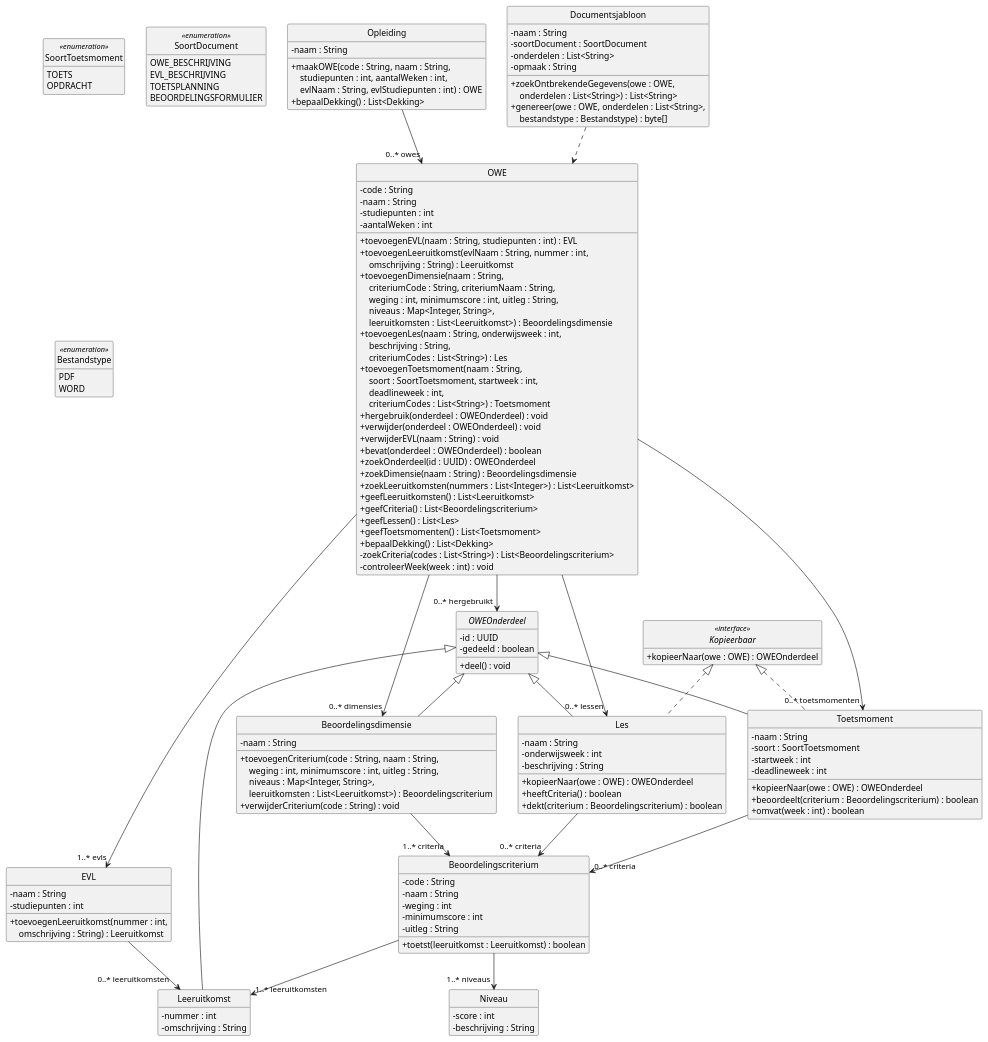
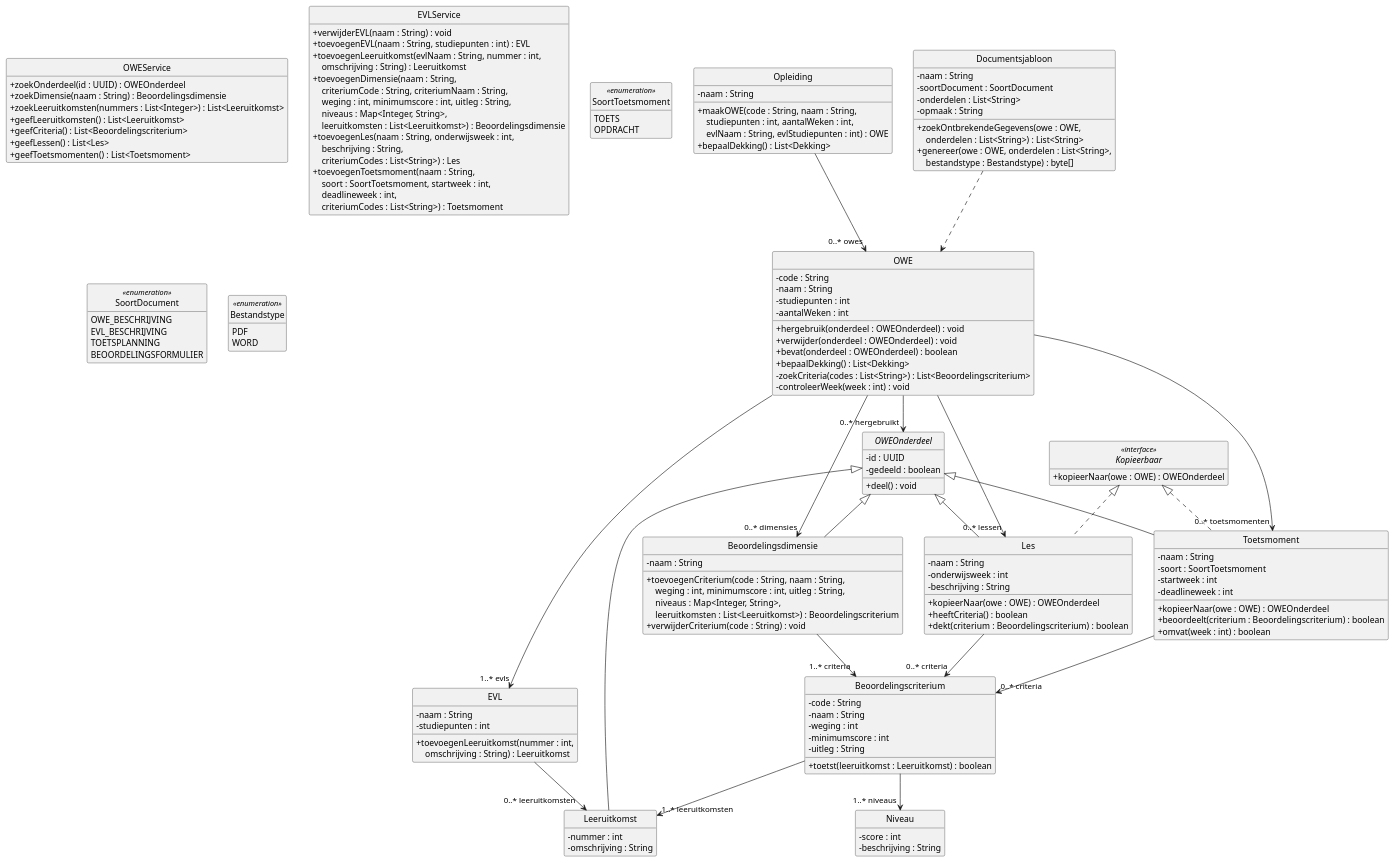
The diagram in docs/diagrams/klassendiagram-domein.puml (HAN-Craftsmanship-KL-JJG/casus), drawn with PlantUML before and after one commit.

Commit message:
refactor(docs): split OWE operations into OWEService and EVLService
Feedback said OWE was too big. This moves the look-up operations to OWEService and the add operations to EVLService. Original commit by Robin on the RB branch.

```diff
--- a/docs/diagrams/klassendiagram-domein.puml
+++ b/docs/diagrams/klassendiagram-domein.puml
@@ -1,167 +1,173 @@
 @startuml klassendiagram-domein
 ' Design class diagram van ICDE: de domeinklassen. Toelichting: docs/07-klassendiagram.md
 ' Getters en setters staan er niet in, zoals bij Larman (7.6).
 skinparam style strictuml
 skinparam shadowing false
 skinparam defaultFontName Helvetica
 skinparam classAttributeIconSize 0
 hide empty members
 
 class Opleiding {
   - naam : String
   + maakOWE(code : String, naam : String,\n    \
 studiepunten : int, aantalWeken : int,\n    \
 evlNaam : String, evlStudiepunten : int) : OWE
   + bepaalDekking() : List<Dekking>
 }
 
 class OWE {
   - code : String
   - naam : String
   - studiepunten : int
   - aantalWeken : int
+  + hergebruik(onderdeel : OWEOnderdeel) : void
+  + verwijder(onderdeel : OWEOnderdeel) : void
+  + bevat(onderdeel : OWEOnderdeel) : boolean
+  + bepaalDekking() : List<Dekking>
+  - zoekCriteria(codes : List<String>) : List<Beoordelingscriterium>
+  - controleerWeek(week : int) : void
+}
+
+class OWEService{
+  + zoekOnderdeel(id : UUID) : OWEOnderdeel
+  + zoekDimensie(naam : String) : Beoordelingsdimensie
+  + zoekLeeruitkomsten(nummers : List<Integer>) : List<Leeruitkomst>
+  + geefLeeruitkomsten() : List<Leeruitkomst>
+  + geefCriteria() : List<Beoordelingscriterium>
+  + geefLessen() : List<Les>
+  + geefToetsmomenten() : List<Toetsmoment>
+}
+
+class EVLService{
+  + verwijderEVL(naam : String) : void
   + toevoegenEVL(naam : String, studiepunten : int) : EVL
   + toevoegenLeeruitkomst(evlNaam : String, nummer : int,\n    \
 omschrijving : String) : Leeruitkomst
   + toevoegenDimensie(naam : String,\n    \
 criteriumCode : String, criteriumNaam : String,\n    \
 weging : int, minimumscore : int, uitleg : String,\n    \
 niveaus : Map<Integer, String>,\n    \
 leeruitkomsten : List<Leeruitkomst>) : Beoordelingsdimensie
   + toevoegenLes(naam : String, onderwijsweek : int,\n    \
 beschrijving : String,\n    \
 criteriumCodes : List<String>) : Les
   + toevoegenToetsmoment(naam : String,\n    \
 soort : SoortToetsmoment, startweek : int,\n    \
 deadlineweek : int,\n    \
 criteriumCodes : List<String>) : Toetsmoment
-  + hergebruik(onderdeel : OWEOnderdeel) : void
-  + verwijder(onderdeel : OWEOnderdeel) : void
-  + verwijderEVL(naam : String) : void
-  + bevat(onderdeel : OWEOnderdeel) : boolean
-  + zoekOnderdeel(id : UUID) : OWEOnderdeel
-  + zoekDimensie(naam : String) : Beoordelingsdimensie
-  + zoekLeeruitkomsten(nummers : List<Integer>) : List<Leeruitkomst>
-  + geefLeeruitkomsten() : List<Leeruitkomst>
-  + geefCriteria() : List<Beoordelingscriterium>
-  + geefLessen() : List<Les>
-  + geefToetsmomenten() : List<Toetsmoment>
-  + bepaalDekking() : List<Dekking>
-  - zoekCriteria(codes : List<String>) : List<Beoordelingscriterium>
-  - controleerWeek(week : int) : void
 }
 
 class EVL {
   - naam : String
   - studiepunten : int
   + toevoegenLeeruitkomst(nummer : int,\n    \
 omschrijving : String) : Leeruitkomst
 }
 
 abstract class OWEOnderdeel {
   - id : UUID
   - gedeeld : boolean
   + deel() : void
 }
 
 class Leeruitkomst {
   - nummer : int
   - omschrijving : String
 }
 
 class Beoordelingsdimensie {
   - naam : String
   + toevoegenCriterium(code : String, naam : String,\n    \
 weging : int, minimumscore : int, uitleg : String,\n    \
 niveaus : Map<Integer, String>,\n    \
 leeruitkomsten : List<Leeruitkomst>) : Beoordelingscriterium
   + verwijderCriterium(code : String) : void
 }
 
 class Beoordelingscriterium {
   - code : String
   - naam : String
   - weging : int
   - minimumscore : int
   - uitleg : String
   + toetst(leeruitkomst : Leeruitkomst) : boolean
 }
 
 class Niveau {
   - score : int
   - beschrijving : String
 }
 
 class Les {
   - naam : String
   - onderwijsweek : int
   - beschrijving : String
   + kopieerNaar(owe : OWE) : OWEOnderdeel
   + heeftCriteria() : boolean
   + dekt(criterium : Beoordelingscriterium) : boolean
 }
 
 class Toetsmoment {
   - naam : String
   - soort : SoortToetsmoment
   - startweek : int
   - deadlineweek : int
   + kopieerNaar(owe : OWE) : OWEOnderdeel
   + beoordeelt(criterium : Beoordelingscriterium) : boolean
   + omvat(week : int) : boolean
 }
 
 class Documentsjabloon {
   - naam : String
   - soortDocument : SoortDocument
   - onderdelen : List<String>
   - opmaak : String
   + zoekOntbrekendeGegevens(owe : OWE,\n    \
 onderdelen : List<String>) : List<String>
   + genereer(owe : OWE, onderdelen : List<String>,\n    \
 bestandstype : Bestandstype) : byte[]
 }
 
 interface Kopieerbaar <<interface>> {
   + kopieerNaar(owe : OWE) : OWEOnderdeel
 }
 
 enum SoortToetsmoment <<enumeration>> {
   TOETS
   OPDRACHT
 }
 
 enum SoortDocument <<enumeration>> {
   OWE_BESCHRIJVING
   EVL_BESCHRIJVING
   TOETSPLANNING
   BEOORDELINGSFORMULIER
 }
 
 enum Bestandstype <<enumeration>> {
   PDF
   WORD
 }
 
 Opleiding --> "0..* owes" OWE
 OWE --> "1..* evls" EVL
 EVL --> "0..* leeruitkomsten" Leeruitkomst
 OWE --> "0..* dimensies" Beoordelingsdimensie
 Beoordelingsdimensie --> "1..* criteria" Beoordelingscriterium
 Beoordelingscriterium --> "1..* niveaus" Niveau
 Beoordelingscriterium --> "1..* leeruitkomsten" Leeruitkomst
 OWE --> "0..* lessen" Les
 OWE --> "0..* toetsmomenten" Toetsmoment
 Les --> "0..* criteria" Beoordelingscriterium
 Toetsmoment --> "0..* criteria" Beoordelingscriterium
 OWE --> "0..* hergebruikt" OWEOnderdeel
 
 OWEOnderdeel <|-- Leeruitkomst
 OWEOnderdeel <|-- Beoordelingsdimensie
 OWEOnderdeel <|-- Les
 OWEOnderdeel <|-- Toetsmoment
 Kopieerbaar <|.. Les
 Kopieerbaar <|.. Toetsmoment
 
 Documentsjabloon ..> OWE
 @enduml
```
